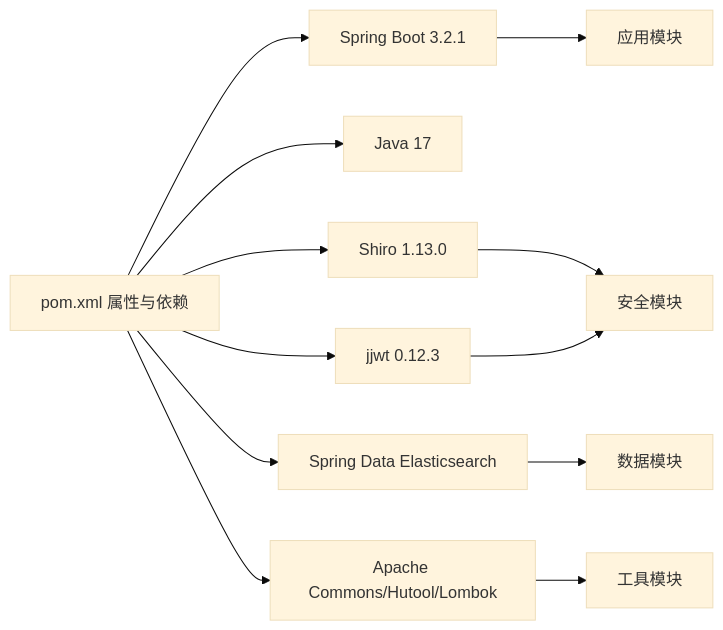
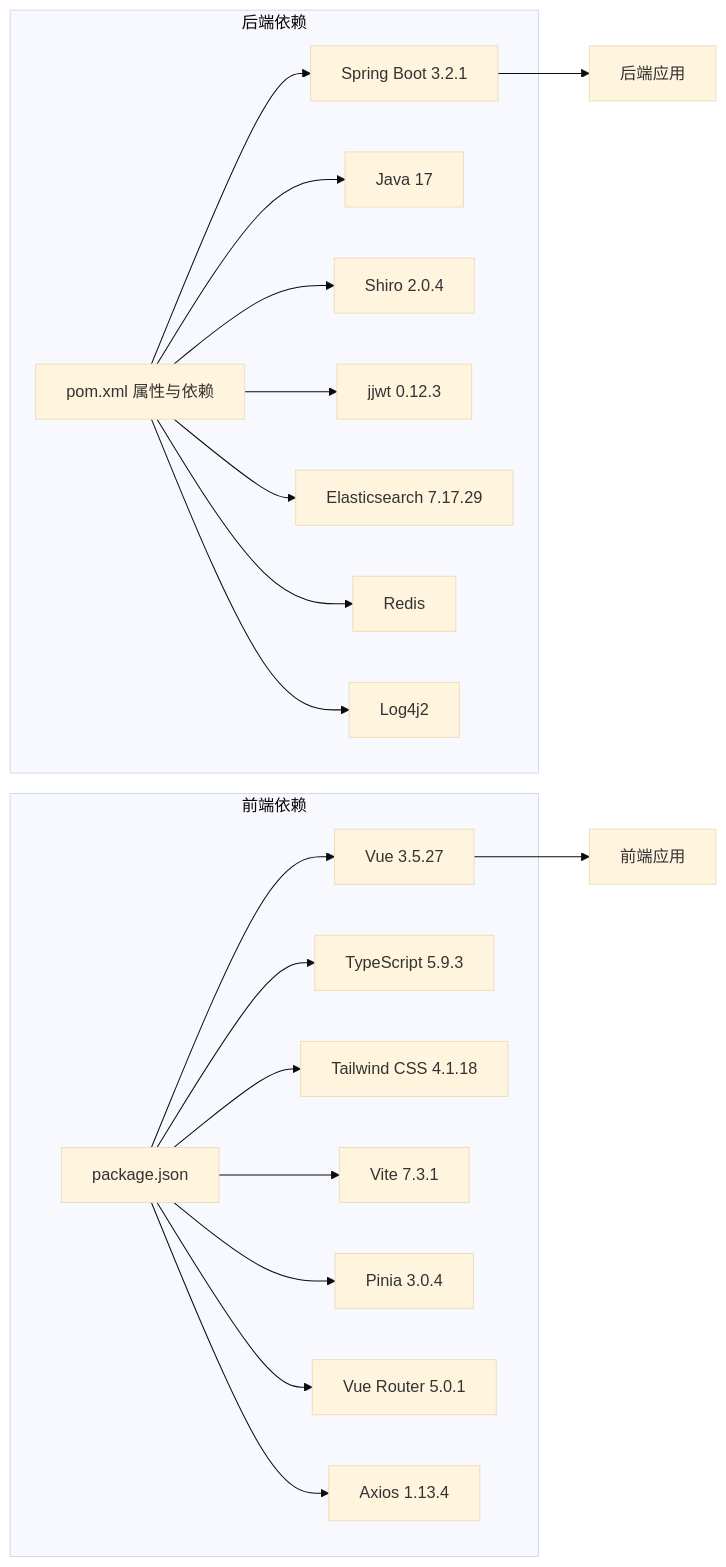
The seventh of 7 diagrams in .qoder/repowiki/zh/content/系统架构/技术选型与依赖.md (20164206160/zhishilu), drawn with Mermaid (base theme) before and after one commit. The commit also changed other lines of this file and 28 other files, not shown here.

````diff
--- a/.qoder/repowiki/zh/content/系统架构/技术选型与依赖.md
+++ b/.qoder/repowiki/zh/content/系统架构/技术选型与依赖.md
@@ -272,14 +371,23 @@
 ```mermaid
 graph LR
+subgraph "后端依赖"
 POM["pom.xml 属性与依赖"] --> SB["Spring Boot 3.2.1"]
 POM --> JDK["Java 17"]
-POM --> SHIRO["Shiro 1.13.0"]
+POM --> SHIRO["Shiro 2.0.4"]
 POM --> JWT["jjwt 0.12.3"]
-POM --> ES["Spring Data Elasticsearch"]
-POM --> UTILS["Apache Commons/Hutool/Lombok"]
-SB --> APP["应用模块"]
-SHIRO --> SEC["安全模块"]
-JWT --> SEC
-ES --> DATA["数据模块"]
-UTILS --> HELP["工具模块"]
+POM --> ES["Elasticsearch 7.17.29"]
+POM --> REDIS["Redis"]
+POM --> LOG4J["Log4j2"]
+end
+subgraph "前端依赖"
+PKG["package.json"] --> VUE["Vue 3.5.27"]
+PKG --> TS["TypeScript 5.9.3"]
+PKG --> TW["Tailwind CSS 4.1.18"]
+PKG --> VITE["Vite 7.3.1"]
+PKG --> PINIA["Pinia 3.0.4"]
+PKG --> ROUTER["Vue Router 5.0.1"]
+PKG --> AXIOS["Axios 1.13.4"]
+end
+SB --> BACKEND["后端应用"]
+VUE --> FRONTEND["前端应用"]
 ```
````
